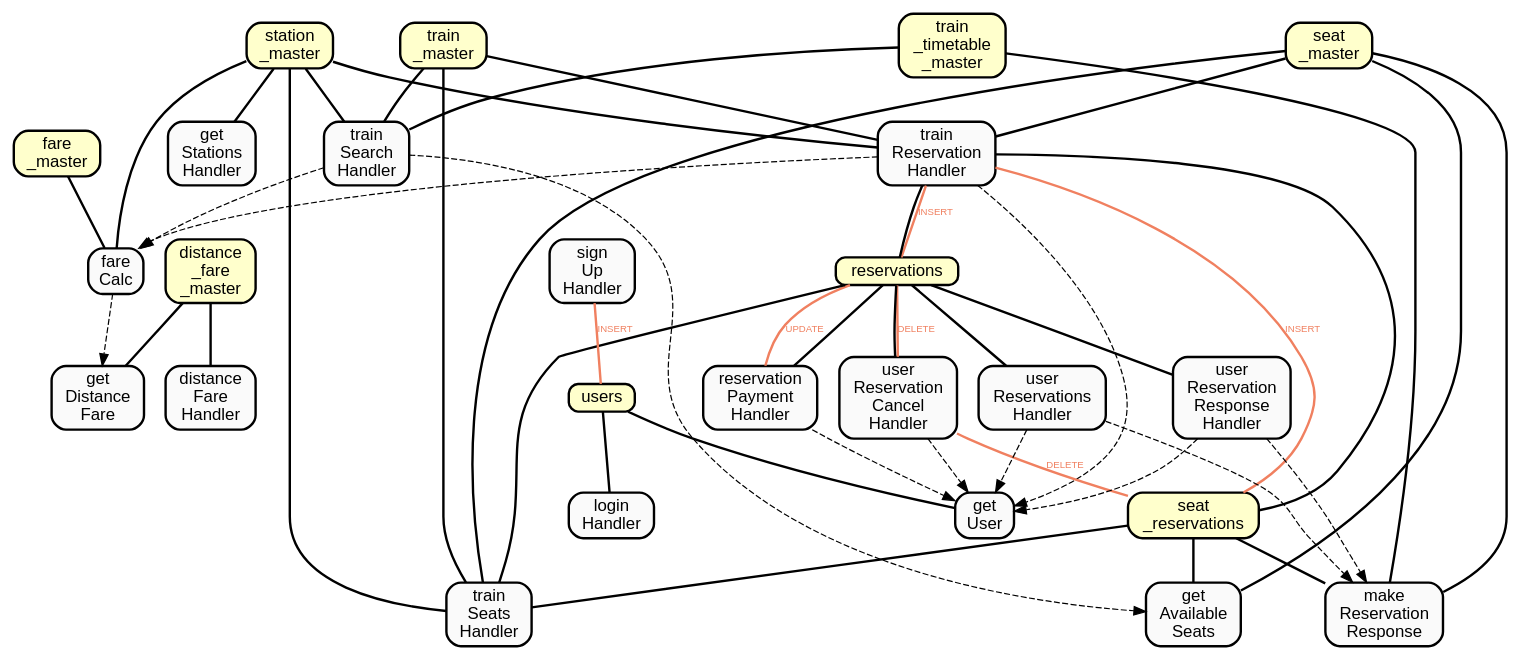
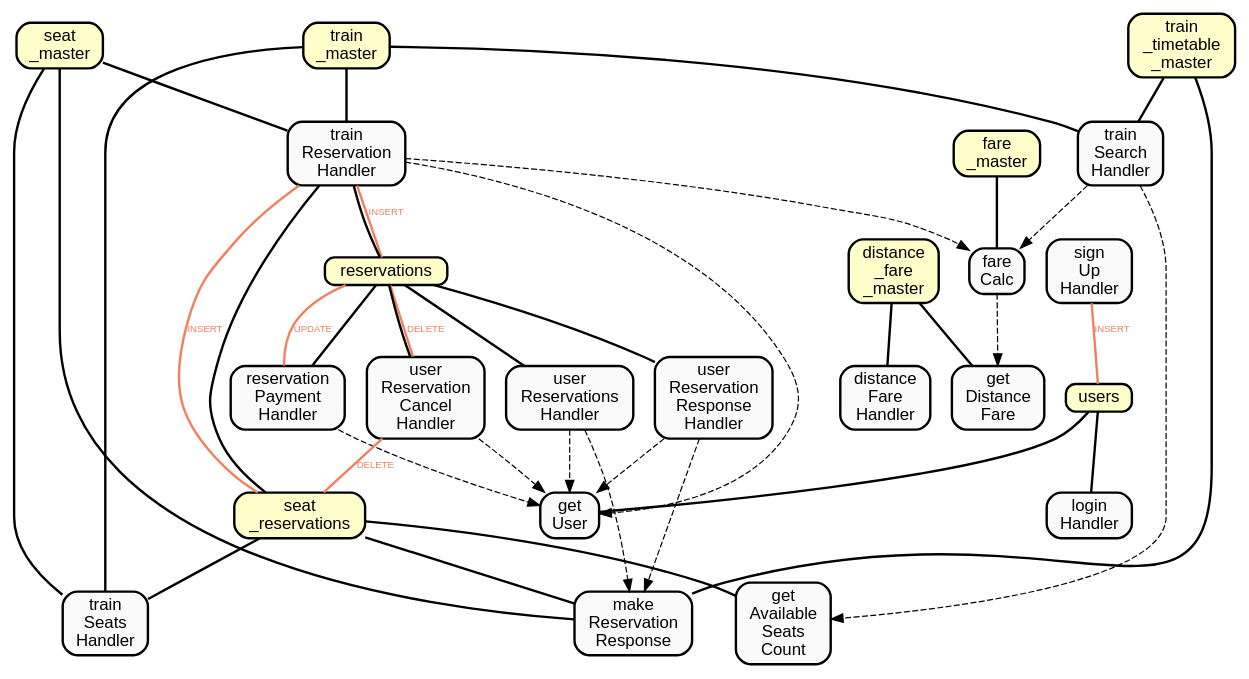
Before and after one commit to Muratam/isucon9f: the diagram in utils/sqlgraph.dot, drawn with Graphviz. The commit also changed 4 other files, not shown here.

```diff
--- a/utils/sqlgraph.dot
+++ b/utils/sqlgraph.dot
@@ -25,70 +25,71 @@
 a4[label="get
 Distance
 Fare"];
-a9 -> a6; 
-a9[label="reservation
+a8 -> a5; 
+a8[label="reservation
 Payment
 Handler"];
-a6[label="get
+a5[label="get
 User"];
-a11 -> a2; 
-a11[label="train
+a10 -> a2; 
+a10[label="train
 Reservation
 Handler"];
 a2[label="fare
 Calc"];
-a11 -> a6; 
-a11[label="train
+a10 -> a5; 
+a10[label="train
 Reservation
 Handler"];
-a6[label="get
+a5[label="get
 User"];
-a12 -> a2; 
-a12[label="train
+a11 -> a2; 
+a11[label="train
 Search
 Handler"];
 a2[label="fare
 Calc"];
-a12 -> a3; 
-a12[label="train
+a11 -> a3; 
+a11[label="train
 Search
 Handler"];
 a3[label="get
 Available
-Seats"];
-a14 -> a6; 
-a14[label="user
+Seats
+Count"];
+a13 -> a5; 
+a13[label="user
 Reservation
 Cancel
 Handler"];
-a6[label="get
+a5[label="get
 User"];
-a15 -> a6; 
-a15[label="user
+a14 -> a5; 
+a14[label="user
 Reservation
 Response
 Handler"];
-a6[label="get
+a5[label="get
 User"];
-a15 -> a8; 
-a15[label="user
+a14 -> a7; 
+a14[label="user
 Reservation
 Response
 Handler"];
-a8[label="make
+a7[label="make
 Reservation
 Response"];
-a16 -> a6; 
-a16[label="user
+a15 -> a5; 
+a15[label="user
 Reservations
 Handler"];
-a6[label="get
+a5[label="get
 User"];
-a16 -> a8; 
-a16[label="user
+a15 -> a7; 
+a15[label="user
 Reservations
 Handler"];
-a8[label="make
+a7[label="make
 Reservation
 Response"];
 
@@ -99,23 +100,18 @@
 a1[label="distance
 Fare
 Handler"];
-station_master -> a2[style="bold"][dir="none"];
-station_master[label="station
-_master",shape=box, style="filled, bold, rounded", fillcolor="#ffffcc"];
 fare_master -> a2[style="bold"][dir="none"];
 fare_master[label="fare
 _master",shape=box, style="filled, bold, rounded", fillcolor="#ffffcc"];
 a2[label="fare
 Calc"];
-seat_master -> a3[style="bold"][dir="none"];
-seat_master[label="seat
-_master",shape=box, style="filled, bold, rounded", fillcolor="#ffffcc"];
 seat_reservations -> a3[style="bold"][dir="none"];
 seat_reservations[label="seat
 _reservations",shape=box, style="filled, bold, rounded", fillcolor="#ffffcc"];
 a3[label="get
 Available
-Seats"];
+Seats
+Count"];
 distance_fare_master -> a4[style="bold"][dir="none"];
 distance_fare_master[label="distance
 _fare
@@ -123,117 +119,100 @@
 a4[label="get
 Distance
 Fare"];
-station_master -> a5[style="bold"][dir="none"];
-station_master[label="station
-_master",shape=box, style="filled, bold, rounded", fillcolor="#ffffcc"];
+users -> a5[style="bold"][dir="none"];
+users[label="users",shape=box, style="filled, bold, rounded", fillcolor="#ffffcc"];
 a5[label="get
-Stations
-Handler"];
+User"];
 users -> a6[style="bold"][dir="none"];
 users[label="users",shape=box, style="filled, bold, rounded", fillcolor="#ffffcc"];
-a6[label="get
-User"];
-users -> a7[style="bold"][dir="none"];
-users[label="users",shape=box, style="filled, bold, rounded", fillcolor="#ffffcc"];
-a7[label="login
+a6[label="login
 Handler"];
-train_timetable_master -> a8[style="bold"][dir="none"];
+train_timetable_master -> a7[style="bold"][dir="none"];
 train_timetable_master[label="train
 _timetable
 _master",shape=box, style="filled, bold, rounded", fillcolor="#ffffcc"];
-seat_reservations -> a8[style="bold"][dir="none"];
+seat_reservations -> a7[style="bold"][dir="none"];
 seat_reservations[label="seat
 _reservations",shape=box, style="filled, bold, rounded", fillcolor="#ffffcc"];
-seat_master -> a8[style="bold"][dir="none"];
+seat_master -> a7[style="bold"][dir="none"];
 seat_master[label="seat
 _master",shape=box, style="filled, bold, rounded", fillcolor="#ffffcc"];
-a8[label="make
+a7[label="make
 Reservation
 Response"];
-reservations -> a9[style="bold"][dir="none"];
+reservations -> a8[style="bold"][dir="none"];
 reservations[label="reservations",shape=box, style="filled, bold, rounded", fillcolor="#ffffcc"];
-a9 -> reservations[style="bold",dir="none",label="UPDATE",color="#f08060",fontcolor="#f08060"];
+a8 -> reservations[style="bold",dir="none",label="UPDATE",color="#f08060",fontcolor="#f08060"];
 reservations[label="reservations",shape=box, style="filled, bold, rounded", fillcolor="#ffffcc"];
-a9[label="reservation
+a8[label="reservation
 Payment
 Handler"];
-a10 -> users[style="bold",dir="none",label="INSERT",color="#f08060",fontcolor="#f08060"];
+a9 -> users[style="bold",dir="none",label="INSERT",color="#f08060",fontcolor="#f08060"];
 users[label="users",shape=box, style="filled, bold, rounded", fillcolor="#ffffcc"];
-a10[label="sign
+a9[label="sign
 Up
+Handler"];
+train_master -> a10[style="bold"][dir="none"];
+train_master[label="train
+_master",shape=box, style="filled, bold, rounded", fillcolor="#ffffcc"];
+seat_master -> a10[style="bold"][dir="none"];
+seat_master[label="seat
+_master",shape=box, style="filled, bold, rounded", fillcolor="#ffffcc"];
+seat_reservations -> a10[style="bold"][dir="none"];
+seat_reservations[label="seat
+_reservations",shape=box, style="filled, bold, rounded", fillcolor="#ffffcc"];
+reservations -> a10[style="bold"][dir="none"];
+reservations[label="reservations",shape=box, style="filled, bold, rounded", fillcolor="#ffffcc"];
+a10 -> reservations[style="bold",dir="none",label="INSERT",color="#f08060",fontcolor="#f08060"];
+reservations[label="reservations",shape=box, style="filled, bold, rounded", fillcolor="#ffffcc"];
+a10 -> seat_reservations[style="bold",dir="none",label="INSERT",color="#f08060",fontcolor="#f08060"];
+seat_reservations[label="seat
+_reservations",shape=box, style="filled, bold, rounded", fillcolor="#ffffcc"];
+a10[label="train
+Reservation
 Handler"];
 train_master -> a11[style="bold"][dir="none"];
 train_master[label="train
 _master",shape=box, style="filled, bold, rounded", fillcolor="#ffffcc"];
-station_master -> a11[style="bold"][dir="none"];
-station_master[label="station
+train_timetable_master -> a11[style="bold"][dir="none"];
+train_timetable_master[label="train
+_timetable
 _master",shape=box, style="filled, bold, rounded", fillcolor="#ffffcc"];
-seat_master -> a11[style="bold"][dir="none"];
-seat_master[label="seat
-_master",shape=box, style="filled, bold, rounded", fillcolor="#ffffcc"];
-seat_reservations -> a11[style="bold"][dir="none"];
-seat_reservations[label="seat
-_reservations",shape=box, style="filled, bold, rounded", fillcolor="#ffffcc"];
-reservations -> a11[style="bold"][dir="none"];
-reservations[label="reservations",shape=box, style="filled, bold, rounded", fillcolor="#ffffcc"];
-a11 -> reservations[style="bold",dir="none",label="INSERT",color="#f08060",fontcolor="#f08060"];
-reservations[label="reservations",shape=box, style="filled, bold, rounded", fillcolor="#ffffcc"];
-a11 -> seat_reservations[style="bold",dir="none",label="INSERT",color="#f08060",fontcolor="#f08060"];
-seat_reservations[label="seat
-_reservations",shape=box, style="filled, bold, rounded", fillcolor="#ffffcc"];
 a11[label="train
-Reservation
+Search
 Handler"];
-station_master -> a12[style="bold"][dir="none"];
-station_master[label="station
-_master",shape=box, style="filled, bold, rounded", fillcolor="#ffffcc"];
 train_master -> a12[style="bold"][dir="none"];
 train_master[label="train
 _master",shape=box, style="filled, bold, rounded", fillcolor="#ffffcc"];
-train_timetable_master -> a12[style="bold"][dir="none"];
-train_timetable_master[label="train
-_timetable
-_master",shape=box, style="filled, bold, rounded", fillcolor="#ffffcc"];
-a12[label="train
-Search
-Handler"];
-train_master -> a13[style="bold"][dir="none"];
-train_master[label="train
-_master",shape=box, style="filled, bold, rounded", fillcolor="#ffffcc"];
-station_master -> a13[style="bold"][dir="none"];
-station_master[label="station
-_master",shape=box, style="filled, bold, rounded", fillcolor="#ffffcc"];
-seat_master -> a13[style="bold"][dir="none"];
+seat_master -> a12[style="bold"][dir="none"];
 seat_master[label="seat
 _master",shape=box, style="filled, bold, rounded", fillcolor="#ffffcc"];
-seat_reservations -> a13[style="bold"][dir="none"];
+seat_reservations -> a12[style="bold"][dir="none"];
 seat_reservations[label="seat
 _reservations",shape=box, style="filled, bold, rounded", fillcolor="#ffffcc"];
+a12[label="train
+Seats
+Handler"];
 reservations -> a13[style="bold"][dir="none"];
 reservations[label="reservations",shape=box, style="filled, bold, rounded", fillcolor="#ffffcc"];
-a13[label="train
-Seats
+a13 -> reservations[style="bold",dir="none",label="DELETE",color="#f08060",fontcolor="#f08060"];
+reservations[label="reservations",shape=box, style="filled, bold, rounded", fillcolor="#ffffcc"];
+a13 -> seat_reservations[style="bold",dir="none",label="DELETE",color="#f08060",fontcolor="#f08060"];
+seat_reservations[label="seat
+_reservations",shape=box, style="filled, bold, rounded", fillcolor="#ffffcc"];
+a13[label="user
+Reservation
+Cancel
 Handler"];
 reservations -> a14[style="bold"][dir="none"];
 reservations[label="reservations",shape=box, style="filled, bold, rounded", fillcolor="#ffffcc"];
-a14 -> reservations[style="bold",dir="none",label="DELETE",color="#f08060",fontcolor="#f08060"];
-reservations[label="reservations",shape=box, style="filled, bold, rounded", fillcolor="#ffffcc"];
-a14 -> seat_reservations[style="bold",dir="none",label="DELETE",color="#f08060",fontcolor="#f08060"];
-seat_reservations[label="seat
-_reservations",shape=box, style="filled, bold, rounded", fillcolor="#ffffcc"];
 a14[label="user
 Reservation
-Cancel
+Response
 Handler"];
 reservations -> a15[style="bold"][dir="none"];
 reservations[label="reservations",shape=box, style="filled, bold, rounded", fillcolor="#ffffcc"];
 a15[label="user
-Reservation
-Response
-Handler"];
-reservations -> a16[style="bold"][dir="none"];
-reservations[label="reservations",shape=box, style="filled, bold, rounded", fillcolor="#ffffcc"];
-a16[label="user
 Reservations
 Handler"];
 
```
